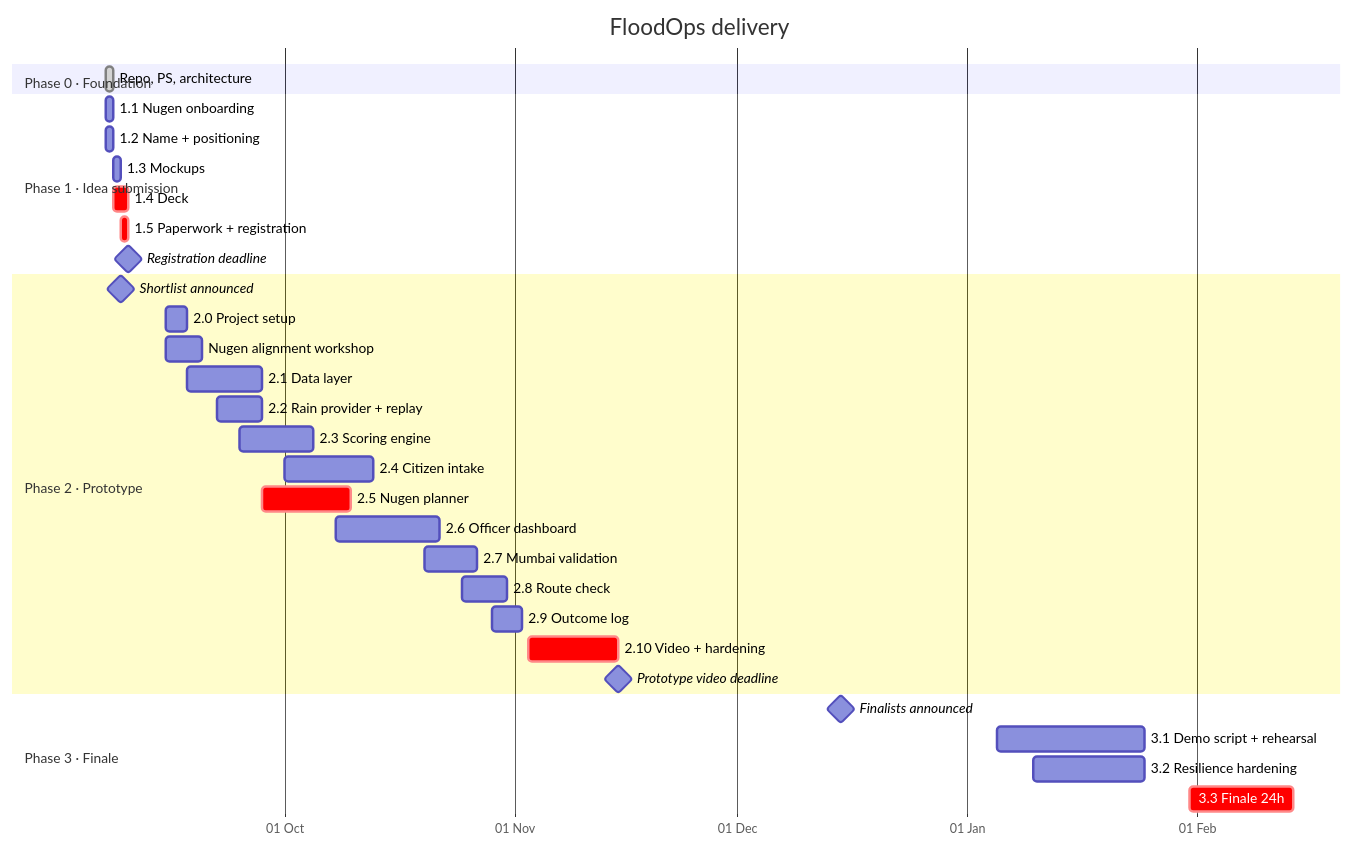
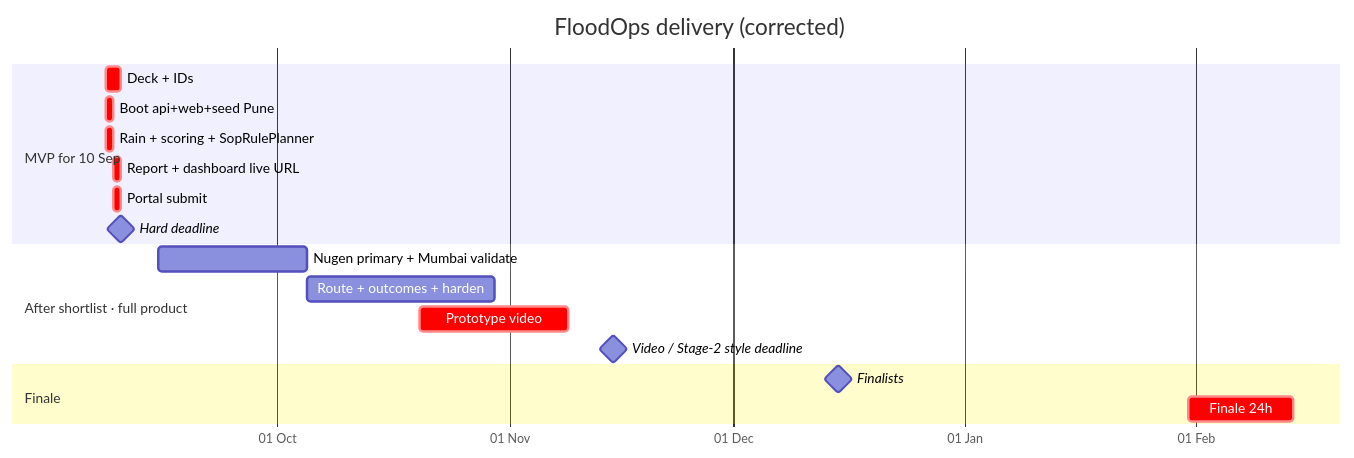
Before and after one commit to makwanashivang081-coder/floodops: the diagram in docs/03-phases.md, drawn with Mermaid. The commit also changed other lines of this file and 103 other files, not shown here.

First line of the commit message:
Ship FloodOps web app with live rain, scoring, and Vercel-ready monorepo.

````diff
--- a/docs/03-phases.md
+++ b/docs/03-phases.md
@@ -13,39 +42,24 @@
 ```mermaid
 gantt
-    title FloodOps delivery
+    title FloodOps delivery (corrected)
     dateFormat  YYYY-MM-DD
     axisFormat  %d %b
 
-    section Phase 0 · Foundation
-    Repo, PS, architecture               :done, p0, 2026-09-07, 1d
+    section MVP for 10 Sep
+    Deck + IDs                          :crit, m1, 2026-09-08, 2d
+    Boot api+web+seed Pune              :crit, m2, 2026-09-08, 1d
+    Rain + scoring + SopRulePlanner     :crit, m3, 2026-09-08, 1d
+    Report + dashboard live URL         :crit, m4, 2026-09-09, 1d
+    Portal submit                       :crit, m5, 2026-09-09, 1d
+    Hard deadline                       :milestone, 2026-09-10, 0d
 
-    section Phase 1 · Idea submission
-    1.1 Nugen onboarding                 :p11, 2026-09-07, 1d
-    1.2 Name + positioning               :p12, 2026-09-07, 1d
-    1.3 Mockups                          :p13, 2026-09-08, 1d
-    1.4 Deck                             :crit, p14, 2026-09-08, 2d
-    1.5 Paperwork + registration         :crit, p15, 2026-09-09, 1d
-    Registration deadline                :milestone, 2026-09-10, 0d
+    section After shortlist · full product
+    Nugen primary + Mumbai validate     :p2a, 2026-09-15, 20d
+    Route + outcomes + harden           :p2b, 2026-10-05, 25d
+    Prototype video                     :crit, p2v, 2026-10-20, 20d
+    Video / Stage-2 style deadline      :milestone, 2026-11-15, 0d
 
-    section Phase 2 · Prototype
-    Shortlist announced                  :milestone, 2026-09-09, 0d
-    2.0 Project setup                    :p20, 2026-09-15, 3d
-    Nugen alignment workshop             :p2w, 2026-09-15, 5d
-    2.1 Data layer                       :p21, 2026-09-18, 10d
-    2.2 Rain provider + replay           :p22, 2026-09-22, 6d
-    2.3 Scoring engine                   :p23, 2026-09-25, 10d
-    2.4 Citizen intake                   :p24, 2026-10-01, 12d
-    2.5 Nugen planner                    :crit, p25, 2026-09-28, 12d
-    2.6 Officer dashboard                :p26, 2026-10-08, 14d
-    2.7 Mumbai validation                :p27, 2026-10-20, 7d
-    2.8 Route check                      :p28, 2026-10-25, 6d
-    2.9 Outcome log                      :p29, 2026-10-29, 4d
-    2.10 Video + hardening               :crit, p210, 2026-11-03, 12d
-    Prototype video deadline             :milestone, 2026-11-15, 0d
-
-    section Phase 3 · Finale
-    Finalists announced                  :milestone, 2026-12-15, 0d
-    3.1 Demo script + rehearsal          :p31, 2027-01-05, 20d
-    3.2 Resilience hardening             :p32, 2027-01-10, 15d
-    3.3 Finale 24h                       :crit, p33, 2027-01-31, 14d
+    section Finale
+    Finalists                           :milestone, 2026-12-15, 0d
+    Finale 24h                          :crit, p3, 2027-01-31, 14d
 ```
````
